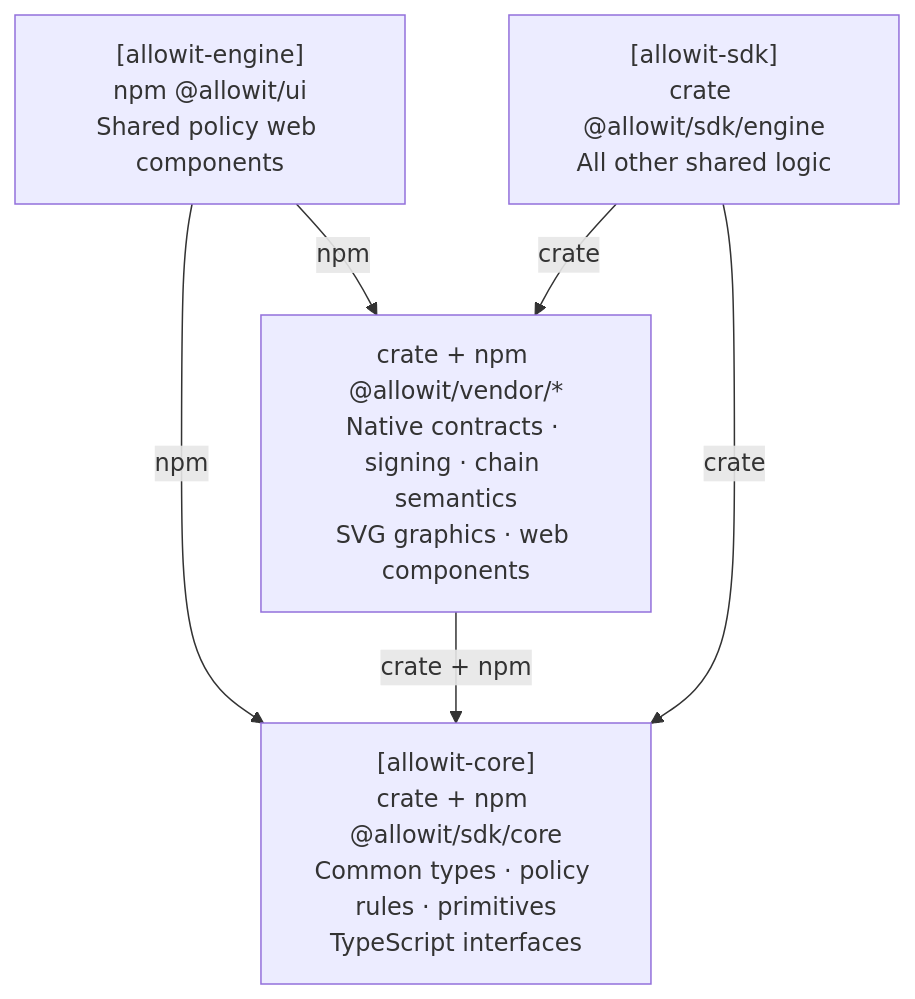
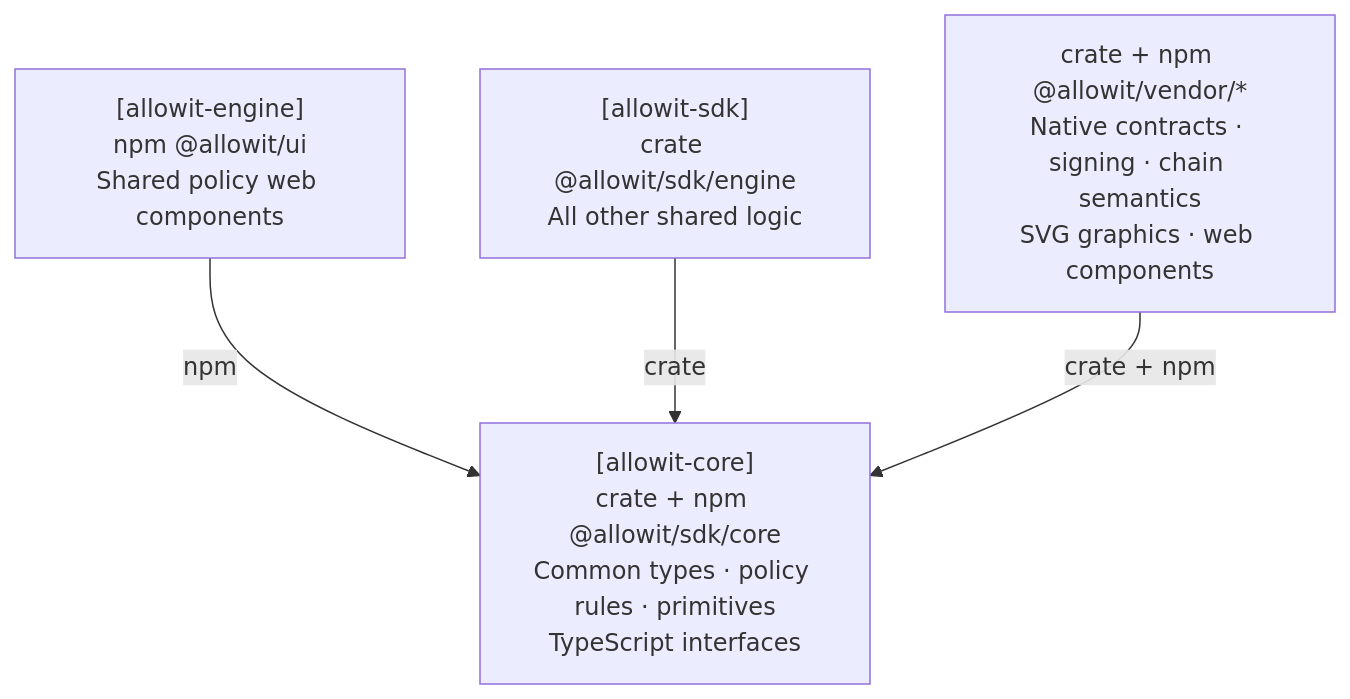
Before and after one commit to allowit-hq/allowit-core: the diagram in README.md, drawn with Mermaid. The commit also changed other lines of this file, not shown here.

Commit message:
Focus README diagrams on direct dependencies

````diff
--- a/README.md
+++ b/README.md
@@ -13,13 +13,11 @@
 ```mermaid
 flowchart TB
     UI["[allowit-engine]<br/>npm @allowit/ui<br/>Shared policy web components"]
     Engine["[allowit-sdk]<br/>crate @allowit/sdk/engine<br/>All other shared logic"]
     Vendor["crate + npm @allowit/vendor/*<br/>Native contracts · signing · chain semantics<br/>SVG graphics · web components"]
     Core["[allowit-core]<br/>crate + npm @allowit/sdk/core<br/>Common types · policy rules · primitives<br/>TypeScript interfaces"]
 
     UI -->|npm| Core
-    UI -->|npm| Vendor
-    Engine -->|crate| Vendor
     Engine -->|crate| Core
     Vendor -->|crate + npm| Core
 ```
````
